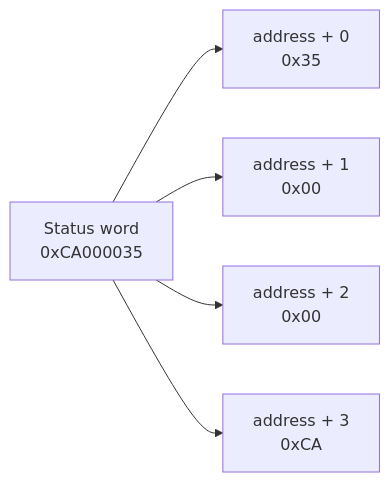
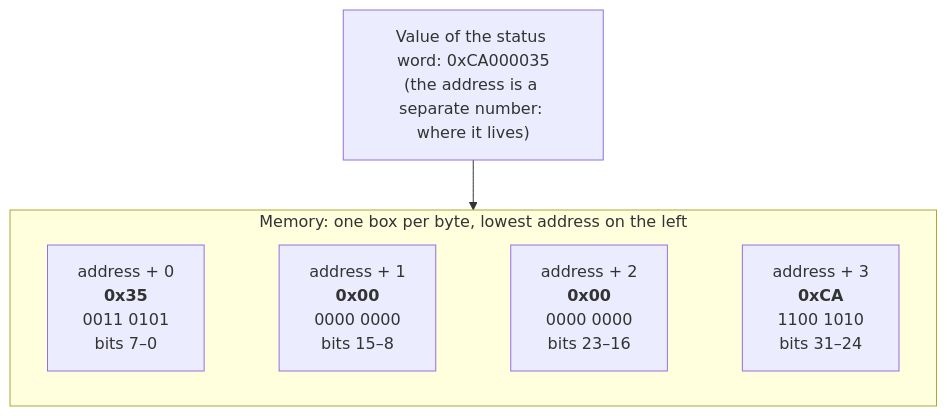
One commit to deanvons/Canary changed the diagram in README.md. Above: the diagram before and after it, drawn with Mermaid. The commit also changed other lines of this file, not shown here.

Commit message:
DOCS: clarify byte addressing, pointer arithmetic and descent sequence in phase-00 README

````diff
--- a/README.md
+++ b/README.md
@@ -112,7 +116,13 @@
 ```mermaid
-flowchart LR
-    W["Status word<br/>0xCA000035"] --> B0["address + 0<br/>0x35"]
-    W --> B1["address + 1<br/>0x00"]
-    W --> B2["address + 2<br/>0x00"]
-    W --> B3["address + 3<br/>0xCA"]
+flowchart TB
+    W["Value of the status word: 0xCA000035<br/>(the address is a separate number: where it lives)"]
+    subgraph MEM["Memory: one box per byte, lowest address on the left"]
+        direction LR
+        B0["address + 0<br/><b>0x35</b><br/>0011 0101<br/>bits 7–0"]
+        B1["address + 1<br/><b>0x00</b><br/>0000 0000<br/>bits 15–8"]
+        B2["address + 2<br/><b>0x00</b><br/>0000 0000<br/>bits 23–16"]
+        B3["address + 3<br/><b>0xCA</b><br/>1100 1010<br/>bits 31–24"]
+        B0 ~~~ B1 ~~~ B2 ~~~ B3
+    end
+    W --> MEM
 ```
````
